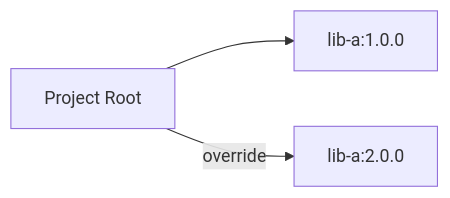
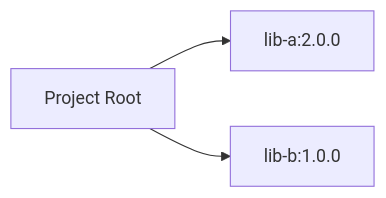
Before and after one commit to JavaDependencyHell/fieldguide: the diagram in demos/sbt-demo/scenario-4-override/guide.qmd, drawn with Mermaid. The commit also changed other lines of this file and 46 other files, not shown here.

````diff
--- a/demos/sbt-demo/scenario-4-override/guide.qmd
+++ b/demos/sbt-demo/scenario-4-override/guide.qmd
@@ -6,6 +7,6 @@
 ```{mermaid}
 %%| fig-width: 4.4
 graph LR
-    Root[Project Root] --> LibA[lib-a:1.0.0]
-    Root -- override --> LibA_Forced[lib-a:2.0.0]
+    Root[Project Root] --> LibA[lib-a:2.0.0]
+    Root --> LibB[lib-b:1.0.0]
 ```
````
